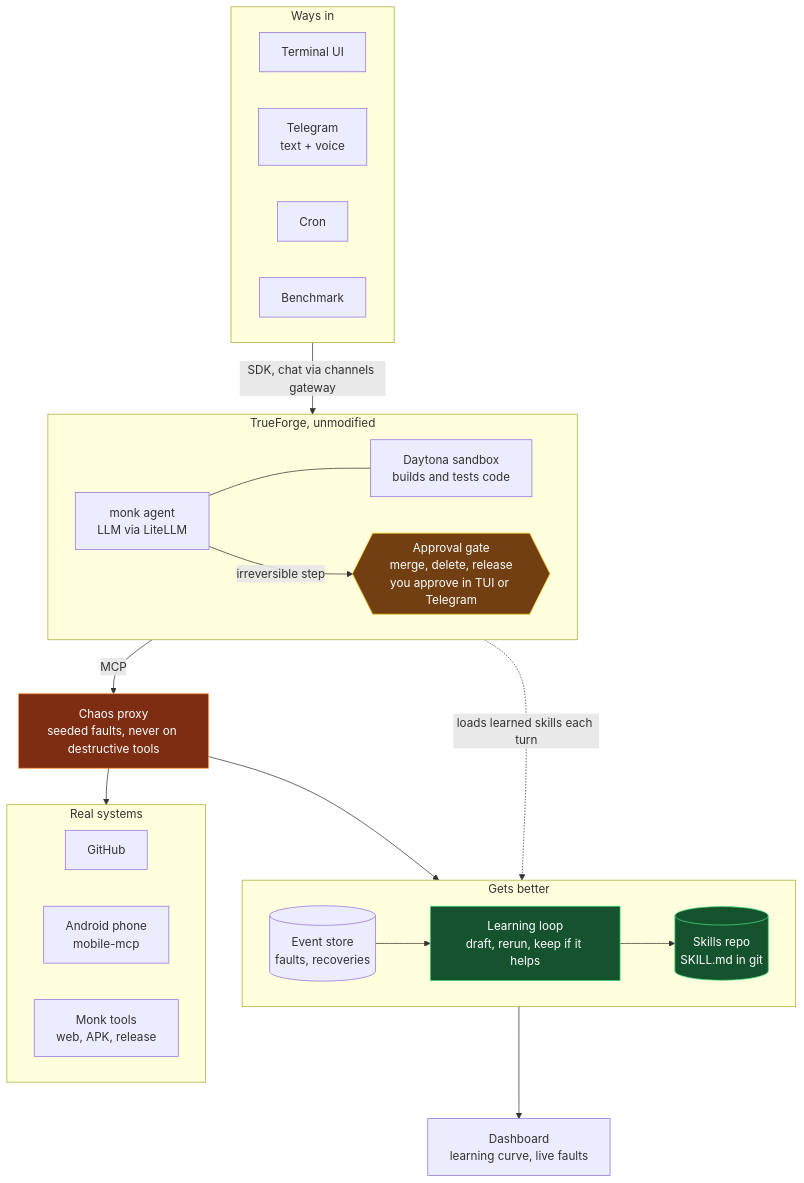
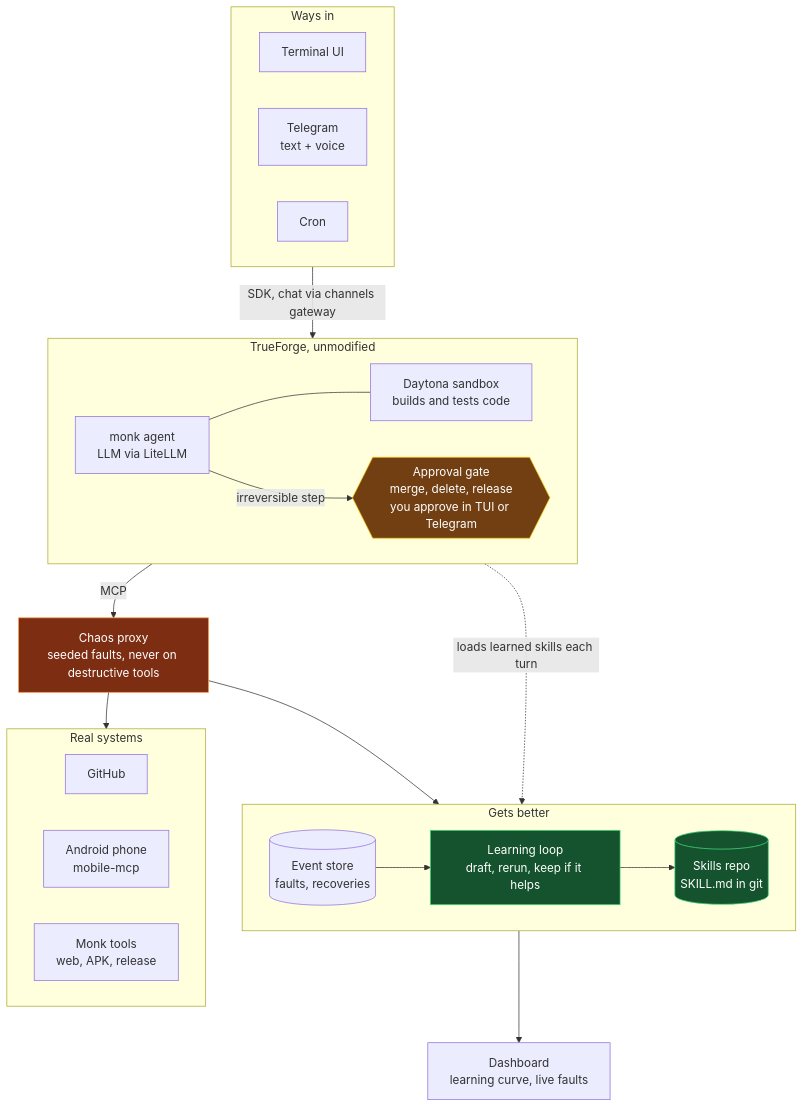
Before and after one commit to Vijeta-Patel/Monk: the first of 2 diagrams in README.md, drawn with Mermaid.

````diff
--- a/README.md
+++ b/README.md
@@ -73,52 +73,52 @@
 ```mermaid
 flowchart TB
   subgraph IN["Ways in"]
     direction LR
     TUI["Terminal UI"]
     TG["Telegram<br/>text + voice"]
     CRON["Cron"]
-    EVAL["Benchmark"]
+   
   end
 
   subgraph TFH["TrueForge, unmodified"]
     direction LR
     TF["monk agent<br/>LLM via LiteLLM"]
     SB["Daytona sandbox<br/>builds and tests code"]
     GATE{{"Approval gate<br/>merge, delete, release<br/>you approve in TUI or Telegram"}}
   end
 
   CP["Chaos proxy<br/>seeded faults, never on destructive tools"]
 
   subgraph REAL["Real systems"]
     direction LR
     GH["GitHub"]
     MM["Android phone<br/>mobile-mcp"]
     MT["Monk tools<br/>web, APK, release"]
   end
 
   subgraph LEARN["Gets better"]
     direction LR
     DB[("Event store<br/>faults, recoveries")]
     LL["Learning loop<br/>draft, rerun, keep if it helps"]
     SK[("Skills repo<br/>SKILL.md in git")]
     DB --> LL --> SK
   end
 
   DASH["Dashboard<br/>learning curve, live faults"]
 
   IN -->|SDK, chat via channels gateway| TF
   TF --- SB
   TF -->|irreversible step| GATE
   TF -->|MCP| CP
   CP --> REAL
   CP --> DB
   TF -.->|loads learned skills each turn| SK
   DB --> DASH
 
   classDef chaos fill:#7c2d12,stroke:#fb923c,color:#fff
   classDef gate fill:#713f12,stroke:#facc15,color:#fff
   classDef learn fill:#14532d,stroke:#4ade80,color:#fff
   class CP chaos
   class GATE gate
   class LL,SK learn
 ```
````
